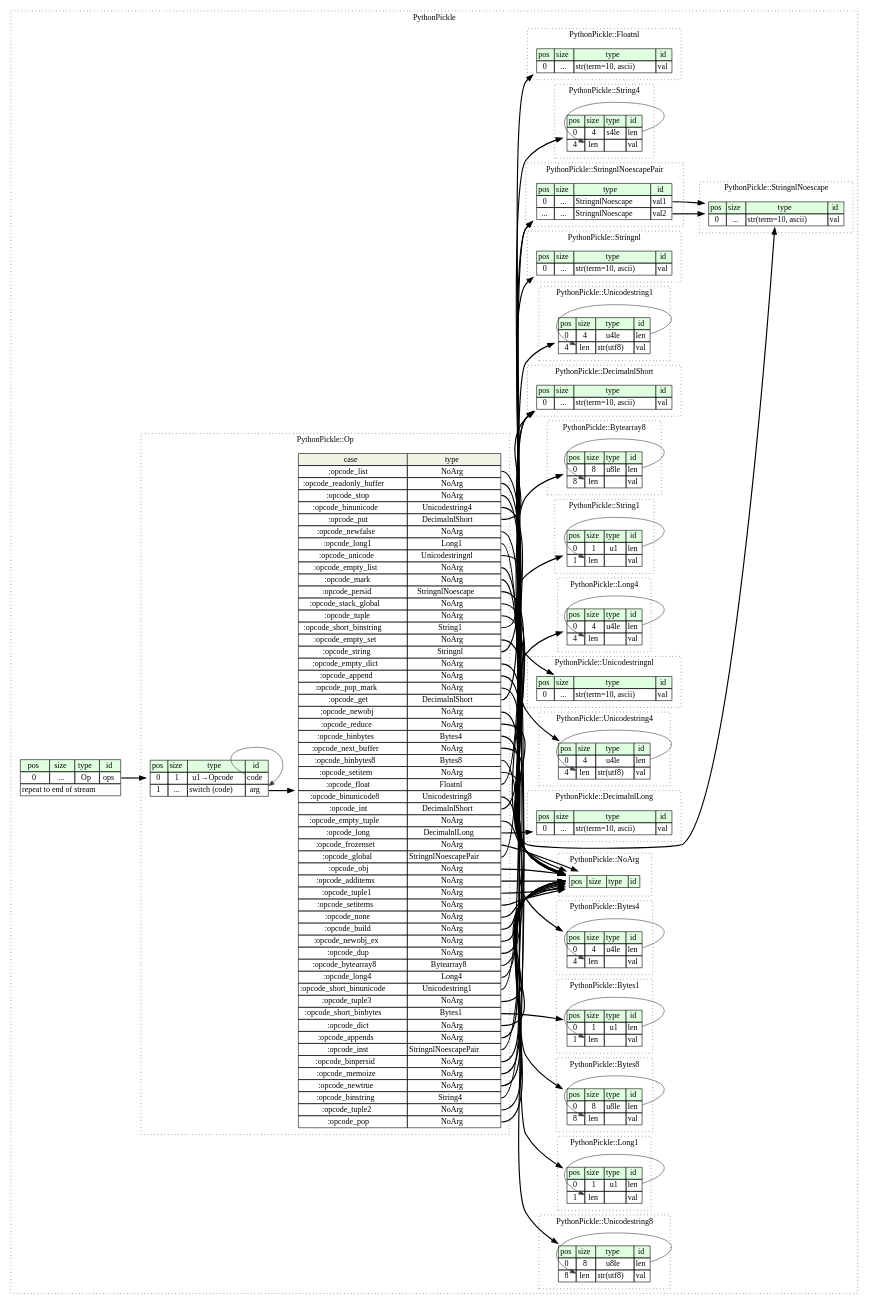
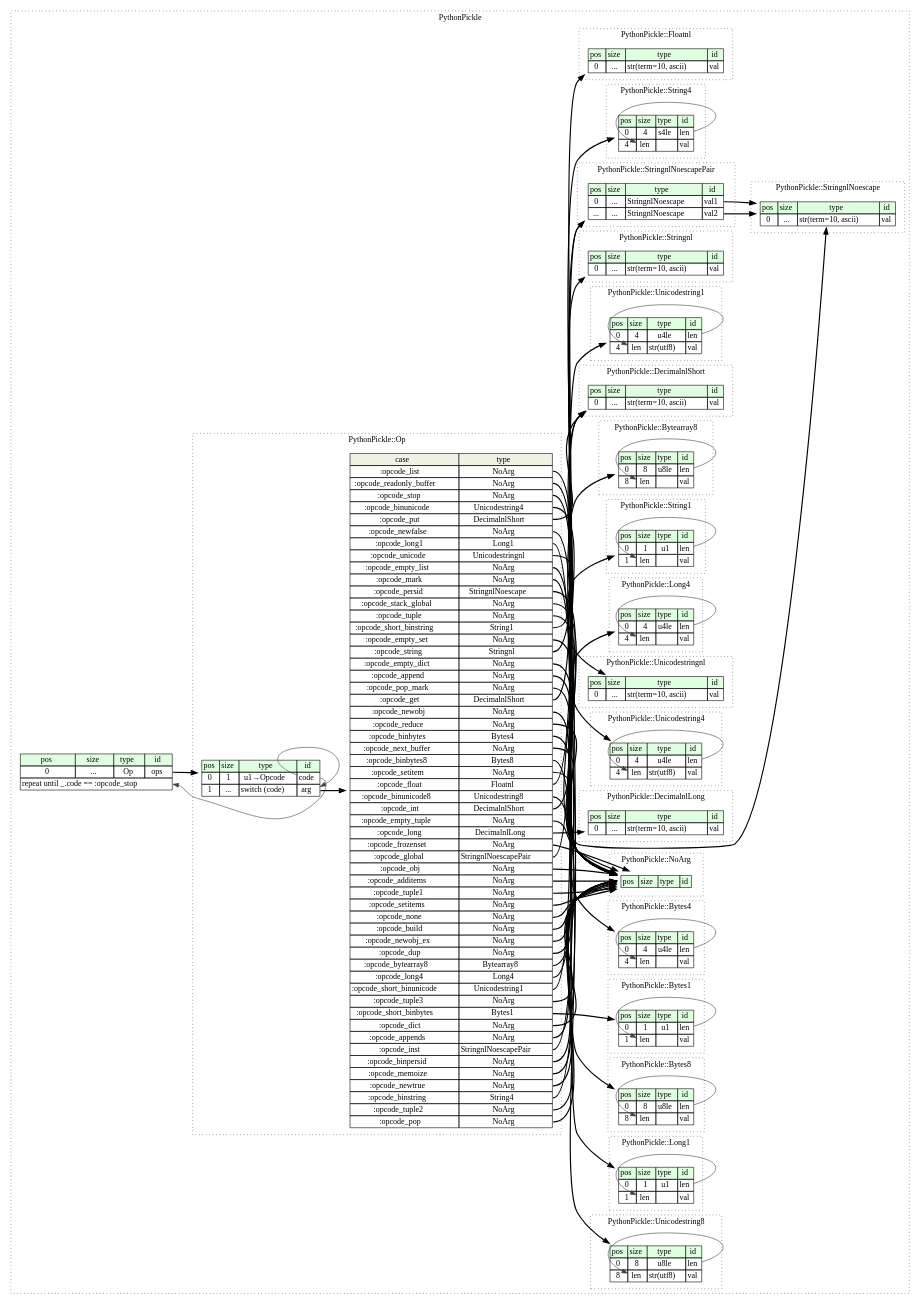
Before and after one commit to kaitai-io/formats-kaitai-io.github.io: the diagram in python_pickle/src/graphviz/python_pickle.dot, drawn with Graphviz. The commit also changed 17 other files, not shown here.

```diff
--- a/python_pickle/src/graphviz/python_pickle.dot
+++ b/python_pickle/src/graphviz/python_pickle.dot
@@ -8,7 +8,7 @@
 		python_pickle__seq [label=<<TABLE BORDER="0" CELLBORDER="1" CELLSPACING="0">
 			<TR><TD BGCOLOR="#E0FFE0">pos</TD><TD BGCOLOR="#E0FFE0">size</TD><TD BGCOLOR="#E0FFE0">type</TD><TD BGCOLOR="#E0FFE0">id</TD></TR>
 			<TR><TD PORT="ops_pos">0</TD><TD PORT="ops_size">...</TD><TD>Op</TD><TD PORT="ops_type">ops</TD></TR>
-			<TR><TD COLSPAN="4" PORT="ops__repeat">repeat to end of stream</TD></TR>
+			<TR><TD COLSPAN="4" PORT="ops__repeat">repeat until _.code == :opcode_stop</TD></TR>
 		</TABLE>>];
 		subgraph cluster__unicodestring8 {
 			label="PythonPickle::Unicodestring8";
@@ -262,6 +262,7 @@
 		}
 	}
 	python_pickle__seq:ops_type -> op__seq [style=bold];
+	op__seq:code_type -> python_pickle__seq:ops__repeat [color="#404040"];
 	unicodestring8__seq:len_type -> unicodestring8__seq:val_size [color="#404040"];
 	long1__seq:len_type -> long1__seq:val_size [color="#404040"];
 	bytes8__seq:len_type -> bytes8__seq:val_size [color="#404040"];
```
